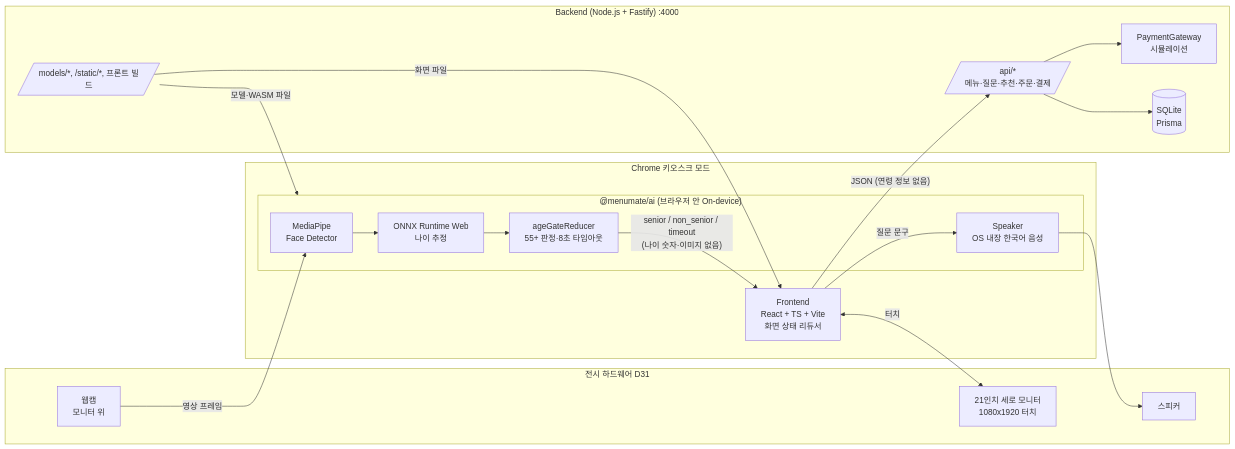
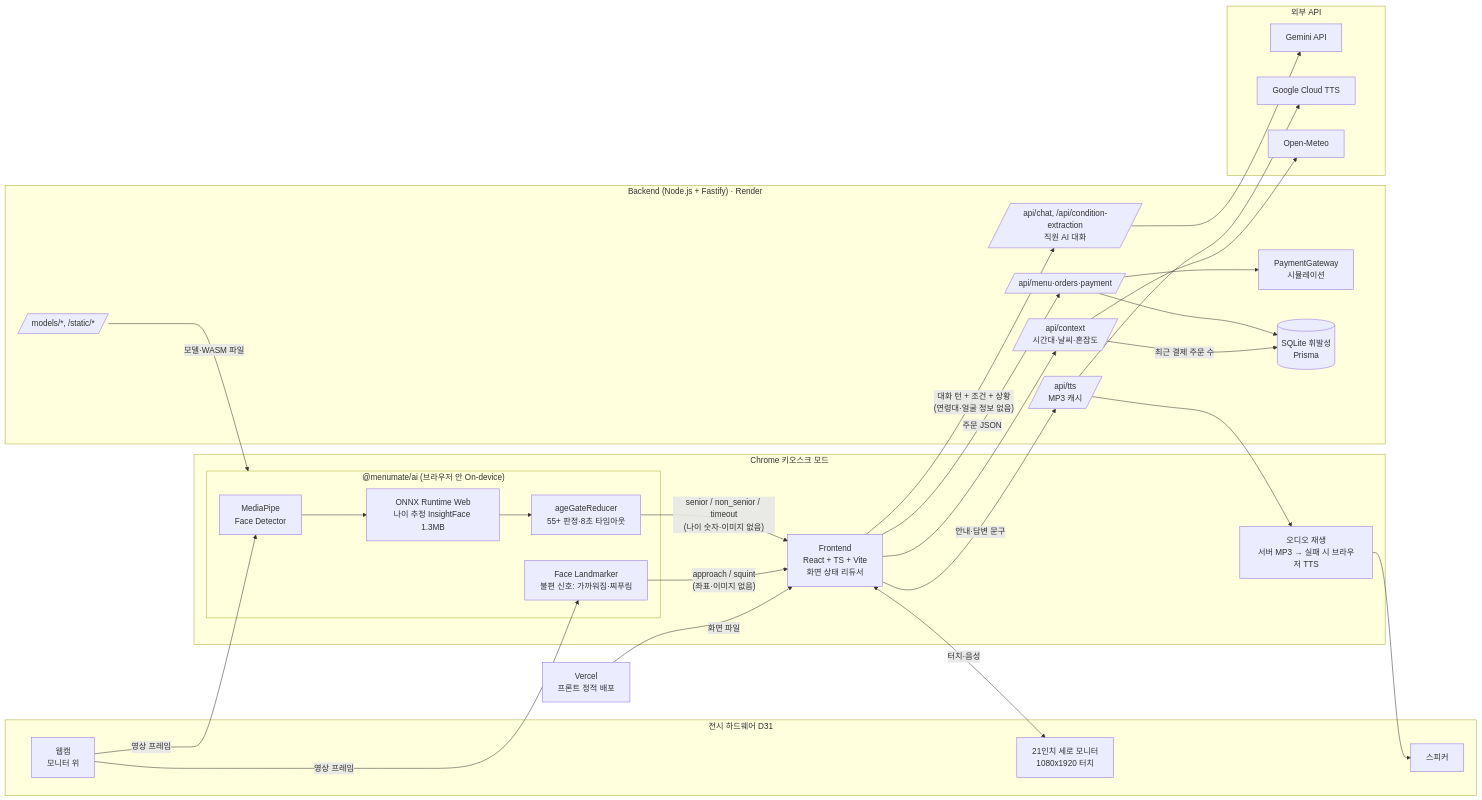
One commit to MinseouKim/MenuMate changed the diagram in docs/architecture.md. Above: the diagram before and after it, drawn with Mermaid. The commit also changed other lines of this file and 43 other files, not shown here.

First line of the commit message:
feat: 직원 AI 대화형 추천, 서버 TTS, 상황 반영, 카메라 불편 신호, InsightFace 교체, 배포 설정, 문서 (D90~D98)

````diff
--- a/docs/architecture.md
+++ b/docs/architecture.md
@@ -11,35 +11,51 @@
 ```mermaid
 flowchart LR
   subgraph HW[전시 하드웨어 D31]
     CAM[웹캠<br/>모니터 위]
     MON[21인치 세로 모니터<br/>1080x1920 터치]
     SPK[스피커]
   end
 
   subgraph Chrome[Chrome 키오스크 모드]
     UI[Frontend<br/>React + TS + Vite<br/>화면 상태 리듀서]
     subgraph AI["@menumate/ai (브라우저 안 On-device)"]
       FD[MediaPipe<br/>Face Detector]
-      AGE[ONNX Runtime Web<br/>나이 추정]
+      AGE[ONNX Runtime Web<br/>나이 추정 InsightFace 1.3MB]
       GATE[ageGateReducer<br/>55+ 판정·8초 타임아웃]
-      TTS[Speaker<br/>OS 내장 한국어 음성]
+      SIG[Face Landmarker<br/>불편 신호: 가까워짐·찌푸림]
     end
+    PLAY[오디오 재생<br/>서버 MP3 → 실패 시 브라우저 TTS]
   end
 
-  subgraph Server["Backend (Node.js + Fastify) :4000"]
-    API[/api/*<br/>메뉴·질문·추천·주문·결제/]
+  subgraph Server["Backend (Node.js + Fastify) · Render"]
+    API[/api/menu·orders·payment/]
+    CHAT[/api/chat, /api/condition-extraction<br/>직원 AI 대화/]
+    CTX[/api/context<br/>시간대·날씨·혼잡도/]
+    TTSP[/api/tts<br/>MP3 캐시/]
     PAY[PaymentGateway<br/>시뮬레이션]
-    STATIC[/models/*, /static/*, 프론트 빌드/]
-    DB[(SQLite<br/>Prisma)]
+    STATIC[/models/*, /static/*/]
+    DB[(SQLite 휘발성<br/>Prisma)]
+  end
+
+  subgraph Ext[외부 API]
+    GEM[Gemini API]
+    GTTS[Google Cloud TTS]
+    OM[Open-Meteo]
   end
 
   CAM -- 영상 프레임 --> FD --> AGE --> GATE
+  CAM -- 영상 프레임 --> SIG
   GATE -- "senior / non_senior / timeout<br/>(나이 숫자·이미지 없음)" --> UI
-  UI -- 질문 문구 --> TTS --> SPK
-  UI <-- 터치 --> MON
-  UI -- "JSON (연령 정보 없음)" --> API
+  SIG -- "approach / squint<br/>(좌표·이미지 없음)" --> UI
+  UI -- 안내·답변 문구 --> TTSP --> PLAY --> SPK
+  UI <-- 터치·음성 --> MON
+  UI -- "대화 턴 + 조건 + 상황<br/>(연령대·얼굴 정보 없음)" --> CHAT --> GEM
+  UI --> CTX --> OM
+  TTSP --> GTTS
+  UI -- "주문 JSON" --> API
   API --> PAY
   API --> DB
+  CTX -- 최근 결제 주문 수 --> DB
   STATIC -- 모델·WASM 파일 --> AI
-  STATIC -- 화면 파일 --> UI
+  VERCEL[Vercel<br/>프론트 정적 배포] -- 화면 파일 --> UI
 ```
````
